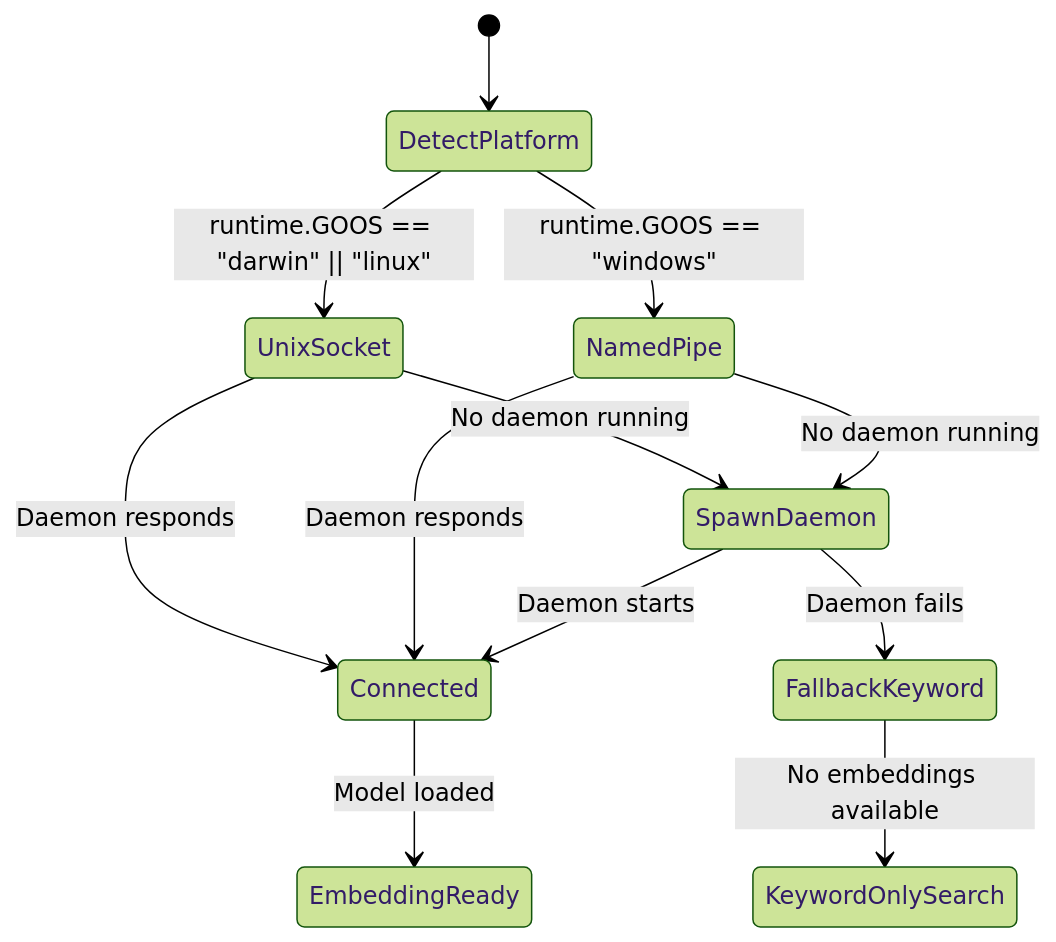
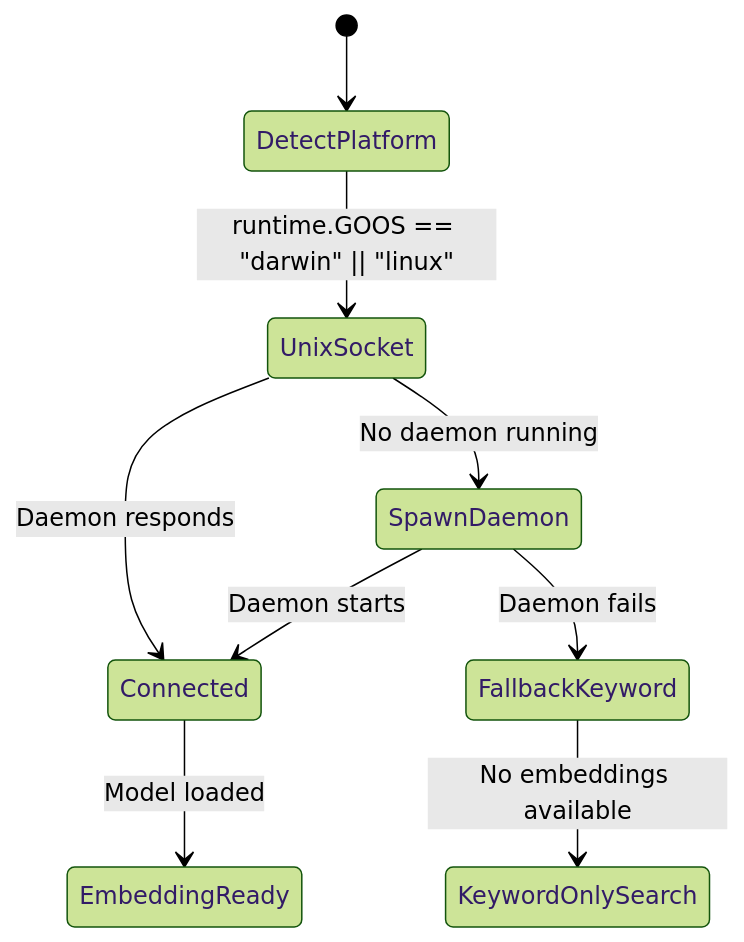
One commit to Nathandela/compound-agent changed the third of 3 diagrams in docs/specs/v3-harness-overhaul.md. Above: the diagram before and after it, drawn with Mermaid (forest theme). The commit also changed other lines of this file and 3 other files, not shown here.

````diff
--- a/docs/specs/v3-harness-overhaul.md
+++ b/docs/specs/v3-harness-overhaul.md
@@ -90,18 +89,14 @@
 ```mermaid
 stateDiagram-v2
     [*] --> DetectPlatform
     DetectPlatform --> UnixSocket: runtime.GOOS == "darwin" || "linux"
-    DetectPlatform --> NamedPipe: runtime.GOOS == "windows"
 
     UnixSocket --> Connected: Daemon responds
     UnixSocket --> SpawnDaemon: No daemon running
-
-    NamedPipe --> Connected: Daemon responds
-    NamedPipe --> SpawnDaemon: No daemon running
 
     SpawnDaemon --> Connected: Daemon starts
     SpawnDaemon --> FallbackKeyword: Daemon fails
 
     Connected --> EmbeddingReady: Model loaded
     FallbackKeyword --> KeywordOnlySearch: No embeddings available
 ```
````
